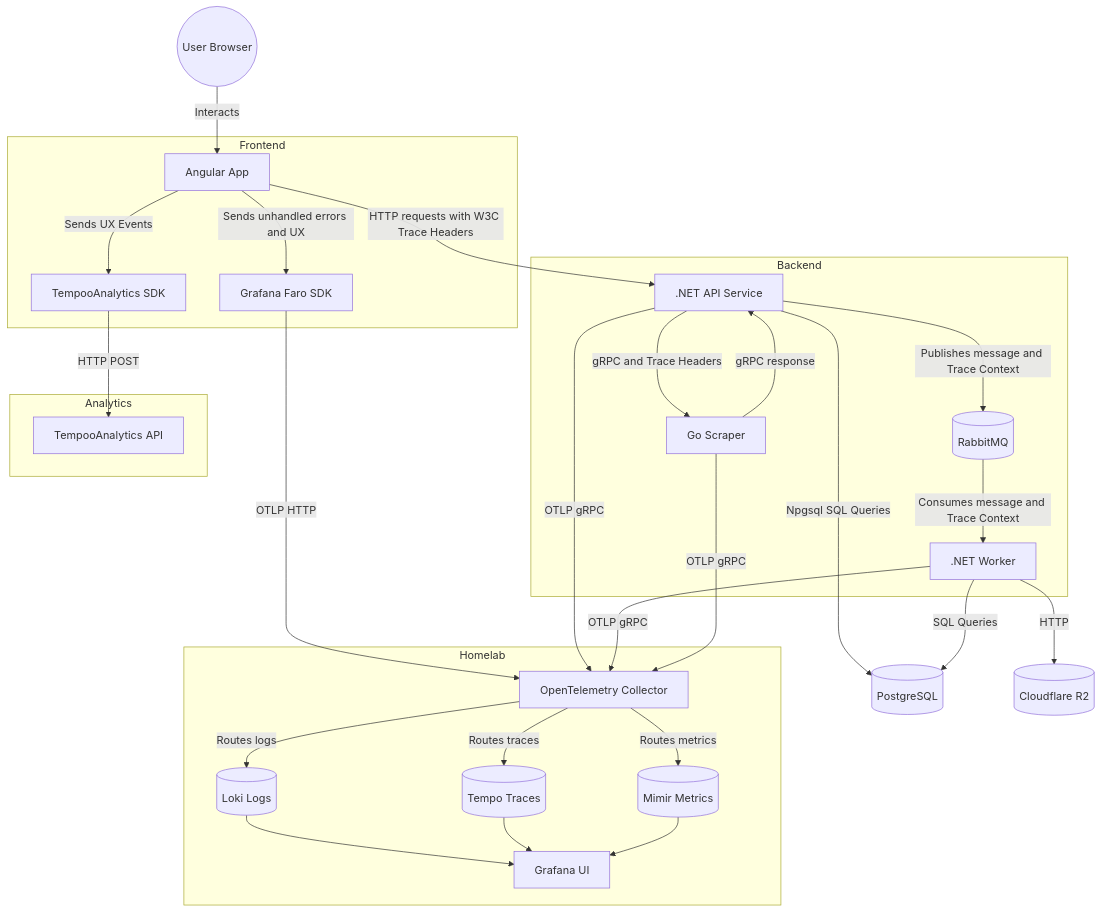
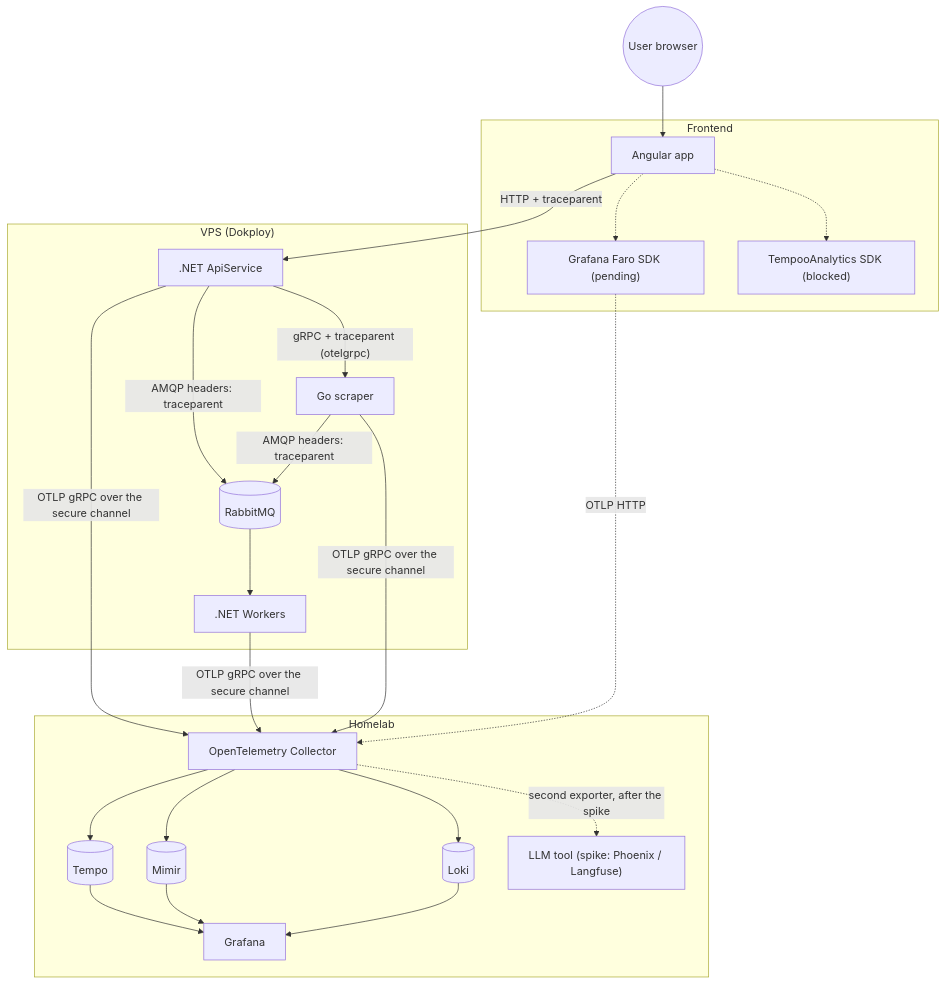
The diagram in docs/observability-architecture.md (TempooDev/asistente-ayuntamiento), drawn with Mermaid before and after one commit. The commit also changed other lines of this file and 4 other files, not shown here.

Commit message:
docs(otel): Collector config, LLM dashboard and production variables

````diff
--- a/docs/observability-architecture.md
+++ b/docs/observability-architecture.md
@@ -7,60 +5,45 @@
 ```mermaid
 flowchart TD
-    User(("User Browser"))
+    User(("User browser"))
 
     subgraph Frontend
-        AngularApp["Angular App"]
-        FaroSDK["Grafana Faro SDK"]
-        TempooSDK["TempooAnalytics SDK"]
+        AngularApp["Angular app"]
+        FaroSDK["Grafana Faro SDK (pending)"]
+        TempooSDK["TempooAnalytics SDK (blocked)"]
     end
 
-    subgraph Backend
-        API[".NET API Service"]
-        Worker[".NET Worker"]
-        Scraper["Go Scraper"]
+    subgraph VPS["VPS (Dokploy)"]
+        API[".NET ApiService"]
+        Worker[".NET Workers"]
+        Scraper["Go scraper"]
         RabbitMQ[("RabbitMQ")]
     end
 
-    Postgres[("PostgreSQL")]
-    CloudflareR2[("Cloudflare R2")]
-
     subgraph Homelab
         OTelCollector["OpenTelemetry Collector"]
-        Loki[("Loki Logs")]
-        Tempo[("Tempo Traces")]
-        Mimir[("Mimir Metrics")]
-        GrafanaUI["Grafana UI"]
+        Loki[("Loki")]
+        Tempo[("Tempo")]
+        Mimir[("Mimir")]
+        GrafanaUI["Grafana"]
+        LlmTool["LLM tool (spike: Phoenix / Langfuse)"]
     end
 
-    subgraph Analytics
-        TempooAPI["TempooAnalytics API"]
-    end
+    User --> AngularApp
+    AngularApp -.-> FaroSDK
+    AngularApp -.-> TempooSDK
+    AngularApp -->|"HTTP + traceparent"| API
 
-    User -->|"Interacts"| AngularApp
-    AngularApp -->|"Sends unhandled errors and UX"| FaroSDK
-    AngularApp -->|"Sends UX Events"| TempooSDK
-    
-    TempooSDK -->|"HTTP POST"| TempooAPI
-    FaroSDK -->|"OTLP HTTP"| OTelCollector
-    AngularApp -->|"HTTP requests with W3C Trace Headers"| API
+    API -->|"gRPC + traceparent (otelgrpc)"| Scraper
+    API -->|"AMQP headers: traceparent"| RabbitMQ
+    Scraper -->|"AMQP headers: traceparent"| RabbitMQ
+    RabbitMQ --> Worker
 
-    API -->|"OTLP gRPC"| OTelCollector
-    Worker -->|"OTLP gRPC"| OTelCollector
-    Scraper -->|"OTLP gRPC"| OTelCollector
+    API & Worker & Scraper -->|"OTLP gRPC over the secure channel"| OTelCollector
+    FaroSDK -.->|"OTLP HTTP"| OTelCollector
 
-    API -->|"gRPC and Trace Headers"| Scraper
-    Scraper -->|"gRPC response"| API
-    API -->|"Publishes message and Trace Context"| RabbitMQ
-    RabbitMQ -->|"Consumes message and Trace Context"| Worker
-    
-    API -->|"Npgsql SQL Queries"| Postgres
-    Worker -->|"SQL Queries"| Postgres
-    Worker -->|"HTTP"| CloudflareR2
-
-    OTelCollector -->|"Routes logs"| Loki
-    OTelCollector -->|"Routes traces"| Tempo
-    OTelCollector -->|"Routes metrics"| Mimir
-    Loki --> GrafanaUI
-    Tempo --> GrafanaUI
-    Mimir --> GrafanaUI
+    OTelCollector --> Tempo
+    OTelCollector --> Mimir
+    OTelCollector --> Loki
+    OTelCollector -.->|"second exporter, after the spike"| LlmTool
+    Tempo & Mimir & Loki --> GrafanaUI
 ```
````
